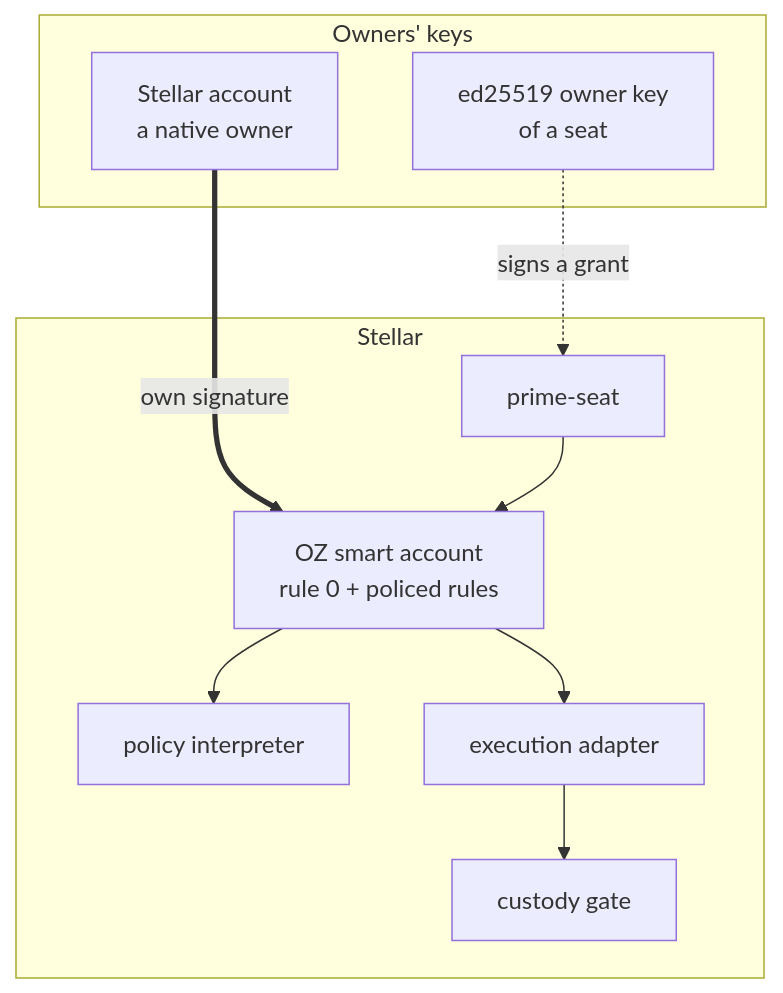
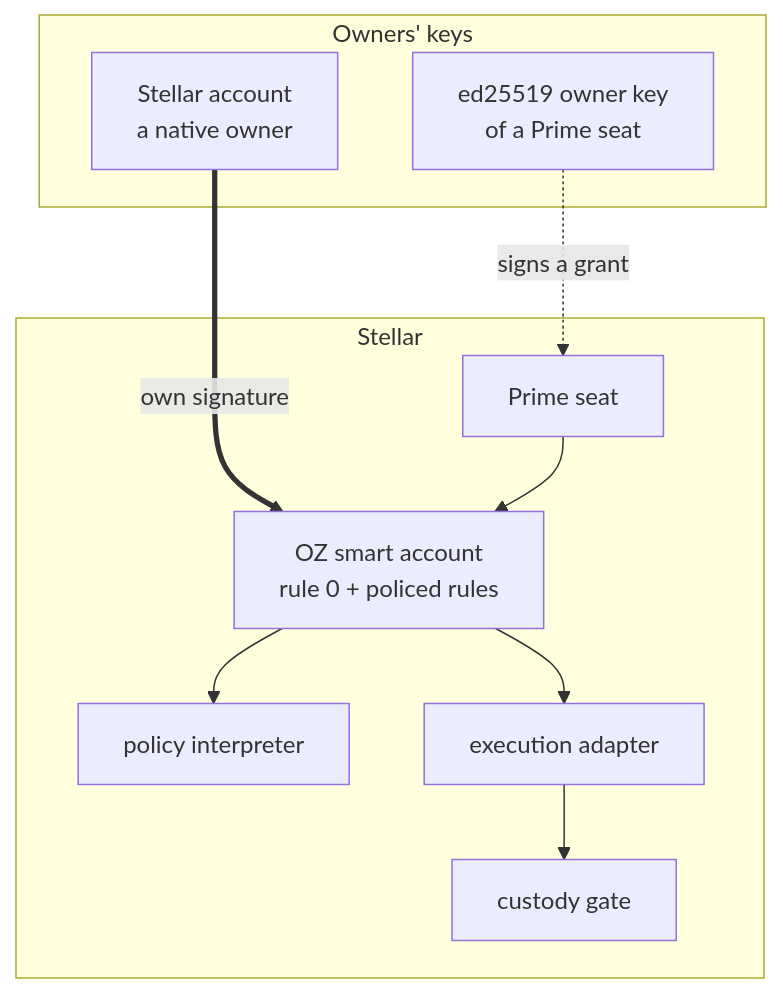
The fourth of 6 diagrams in docs/architecture.md (untangledfinance/oz-policy-builder), drawn with Mermaid before and after one commit. The commit also changed other lines of this file and 18 other files, not shown here.

First line of the commit message:
chore(release): v4.0.1, Prime seat in the audit scope

````diff
--- a/docs/architecture.md
+++ b/docs/architecture.md
@@ -110,19 +110,19 @@
 ```mermaid
 flowchart TB
   subgraph W["Owners' keys"]
     FR["Stellar account<br/>a native owner"]
-    OK["ed25519 owner key<br/>of a seat"]
+    OK["ed25519 owner key<br/>of a Prime seat"]
   end
   subgraph XLM["Stellar"]
     OZ["OZ smart account<br/>rule 0 + policed rules"]
-    SS["prime-seat"]
+    SS["Prime seat"]
     INT["policy interpreter"]
     AD["execution adapter"]
     G1["custody gate"]
   end
   FR == "own signature" ==> OZ
   OK -. "signs a grant" .-> SS
   SS --> OZ
   OZ --> INT
   OZ --> AD --> G1
 ```
````
